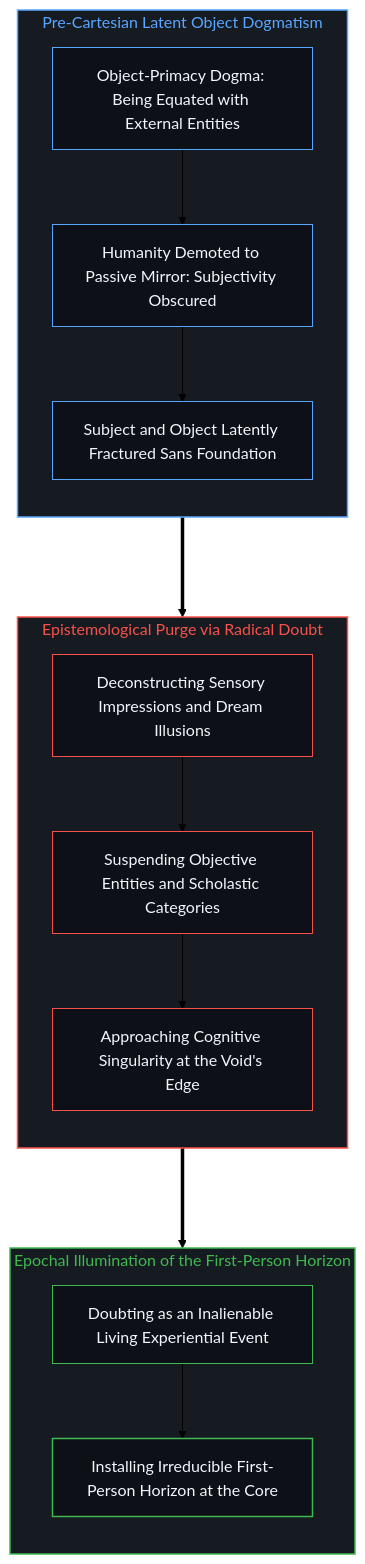
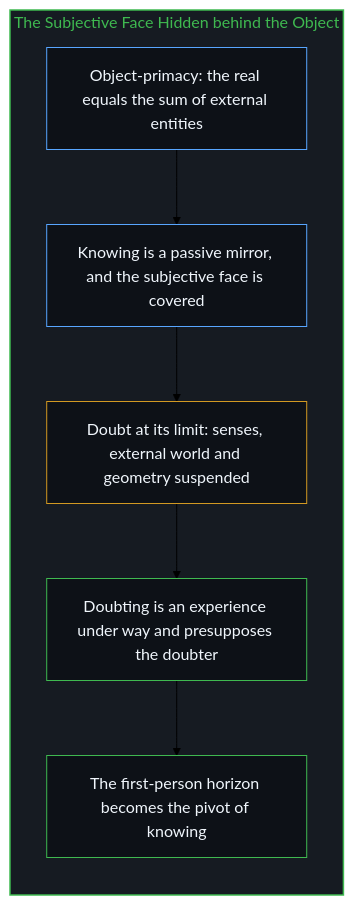
Before and after one commit to powerpig99/not-a-toe: the second of 10 diagrams in content/posts/the-cartesian-overstep-and-the-frenzy-of-creation.md, drawn with Mermaid (forest theme). The commit also changed other lines of this file and 2 other files, not shown here.

Commit message:
Refine the-cartesian-overstep-and-the-frenzy-of-creation: alternating bilingual layout, five paired diagrams, the chain of choices in place of claims about a machine's inside, implicit first person

````diff
--- a/content/posts/the-cartesian-overstep-and-the-frenzy-of-creation.md
+++ b/content/posts/the-cartesian-overstep-and-the-frenzy-of-creation.md
@@ -54,35 +42,22 @@
 ```mermaid
-graph TD
-    subgraph S_PreCartesianDogma_EN ["Pre-Cartesian Latent Object Dogmatism"]
+flowchart TD
+    subgraph S_Dawn["The Subjective Face Hidden behind the Object"]
         direction TB
-        AE_Scholastic["Object-Primacy Dogma: Being Equated with External Entities"] --> BE_Mirror["Humanity Demoted to Passive Mirror: Subjectivity Obscured"]
-        BE_Mirror --> CE_UnconsciousSplit["Subject and Object Latently Fractured Sans Foundation"]
+        Obj["Object-primacy: the real equals the sum of external entities"]
+        Mirror["Knowing is a passive mirror, and the subjective face is covered"]
+        Doubt["Doubt at its limit: senses, external world and geometry suspended"]
+        Act["Doubting is an experience under way and presupposes the doubter"]
+        Pivot["The first-person horizon becomes the pivot of knowing"]
+        Obj --> Mirror
+        Mirror --> Doubt
+        Doubt --> Act
+        Act --> Pivot
     end
 
-    subgraph S_MethodDoubt_EN ["Epistemological Purge via Radical Doubt"]
-        direction TB
-        DE_Senses["Deconstructing Sensory Impressions and Dream Illusions"] --> EE_Bracket["Suspending Objective Entities and Scholastic Categories"]
-        EE_Bracket --> FE_VoidEdge["Approaching Cognitive Singularity at the Void's Edge"]
-    end
-
-    subgraph S_SubjectiveDawn_EN ["Epochal Illumination of the First-Person Horizon"]
-        direction TB
-        GE_ActOfDoubt["Doubting as an Inalienable Living Experiential Event"] --> HE_FirstPersonPivot["Installing Irreducible First-Person Horizon at the Core"]
-    end
-
-    CE_UnconsciousSplit ===> DE_Senses
-    FE_VoidEdge ===> GE_ActOfDoubt
-
-    style S_PreCartesianDogma_EN fill:#161b22,stroke:#58a6ff,stroke-width:1.5px,color:#58a6ff
-    style S_MethodDoubt_EN fill:#161b22,stroke:#f85149,stroke-width:1.5px,color:#f85149
-    style S_SubjectiveDawn_EN fill:#161b22,stroke:#3fb950,stroke-width:1.5px,color:#3fb950
-    style AE_Scholastic fill:#0d1117,stroke:#58a6ff,stroke-width:1px,color:#f0f6fc
-    style BE_Mirror fill:#0d1117,stroke:#58a6ff,stroke-width:1px,color:#f0f6fc
-    style CE_UnconsciousSplit fill:#0d1117,stroke:#58a6ff,stroke-width:1px,color:#f0f6fc
-    style DE_Senses fill:#0d1117,stroke:#f85149,stroke-width:1px,color:#f0f6fc
-    style EE_Bracket fill:#0d1117,stroke:#f85149,stroke-width:1px,color:#f0f6fc
-    style FE_VoidEdge fill:#0d1117,stroke:#f85149,stroke-width:1px,color:#f0f6fc
-    style GE_ActOfDoubt fill:#0d1117,stroke:#3fb950,stroke-width:1px,color:#f0f6fc
-    style HE_FirstPersonPivot fill:#0d1117,stroke:#3fb950,stroke-width:1.5px,color:#3fb950
-    style HE_FirstPersonPivot fill:#0d1117,stroke:#3fb950,stroke-width:1.5px,color:#f0f6fc
+    style S_Dawn fill:#161b22,stroke:#3fb950,stroke-width:1.5px,color:#3fb950
+    style Obj fill:#0d1117,stroke:#58a6ff,stroke-width:1px,color:#f0f6fc
+    style Mirror fill:#0d1117,stroke:#58a6ff,stroke-width:1px,color:#f0f6fc
+    style Doubt fill:#0d1117,stroke:#d29922,stroke-width:1px,color:#f0f6fc
+    style Act fill:#0d1117,stroke:#3fb950,stroke-width:1px,color:#f0f6fc
+    style Pivot fill:#0d1117,stroke:#3fb950,stroke-width:1px,color:#f0f6fc
 ```
````
